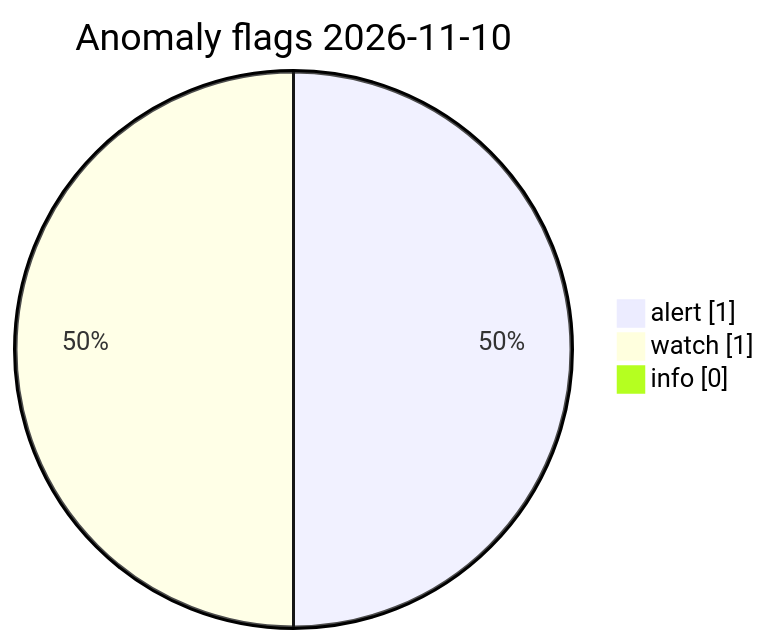
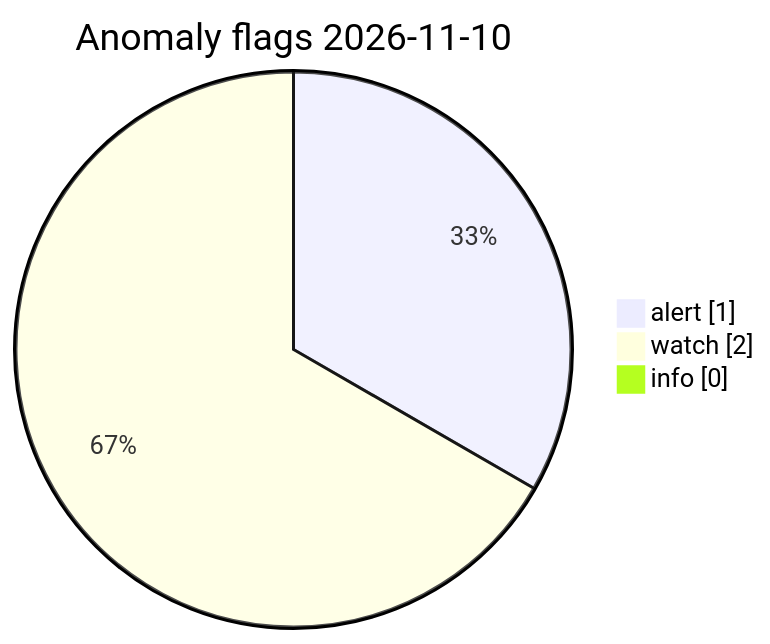
The diagram in visuals/latest/CHARTS.md (Midwest-Stratospheric/Unified-Open-Global-Weather), drawn with Mermaid before and after one commit. The commit also changed other lines of this file and 13 other files, not shown here.

Commit message:
data(visuals): automated charts 2026-11-10T17:12Z

````diff
--- a/visuals/latest/CHARTS.md
+++ b/visuals/latest/CHARTS.md
@@ -73,7 +73,7 @@
 ```mermaid
 pie showData
   title Anomaly flags 2026-11-10
   "alert" : 1
-  "watch" : 1
+  "watch" : 2
   "info" : 0
 ```
````
